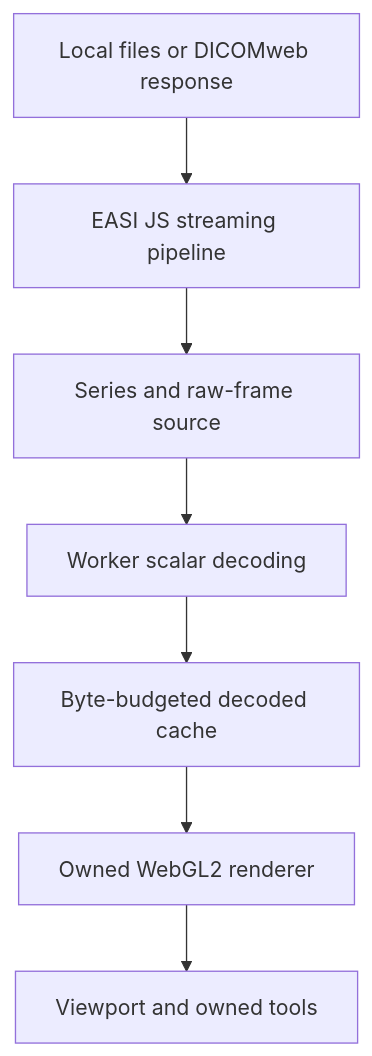
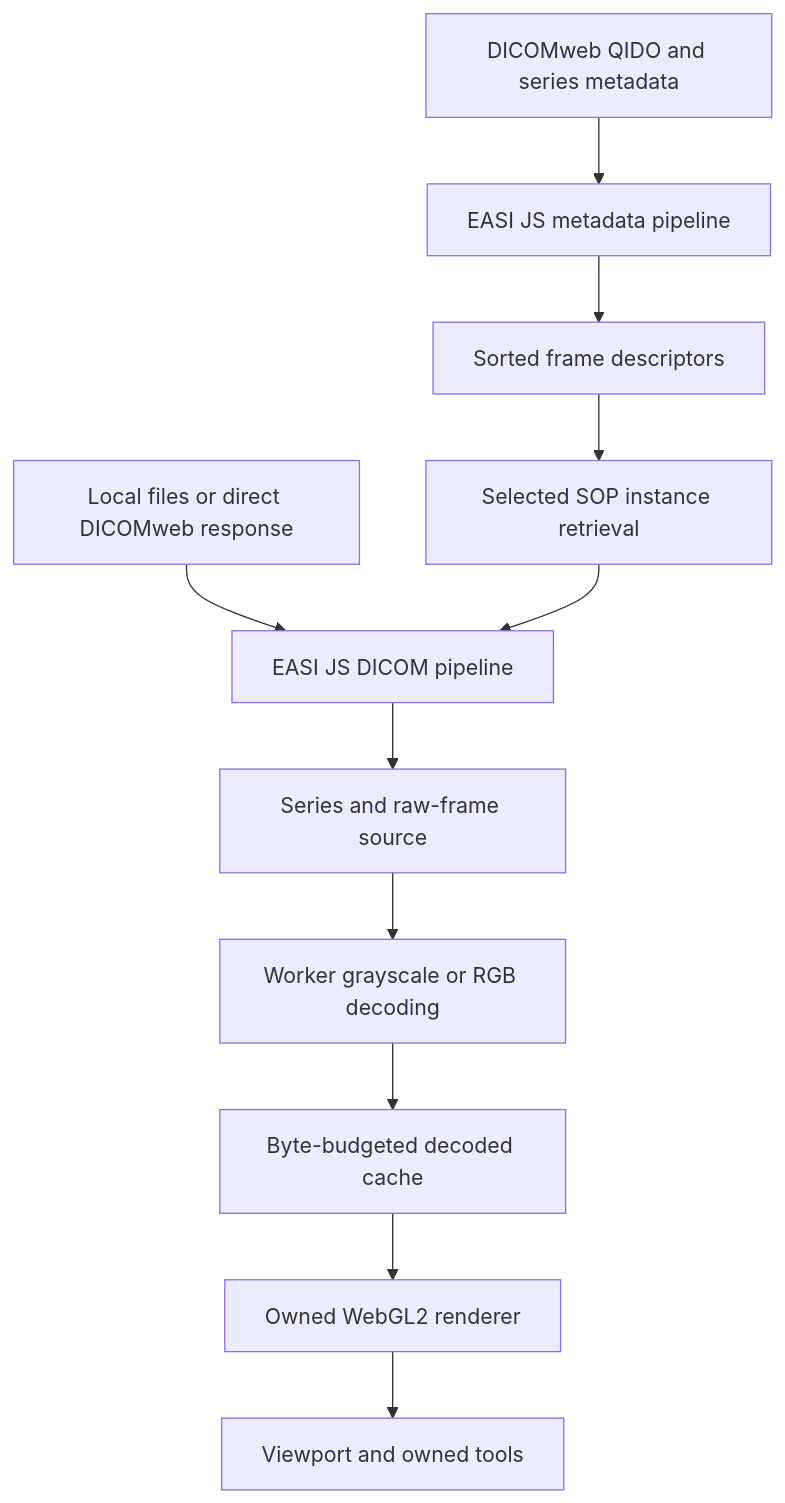
One commit to davidvaccaro/easi-view changed the diagram in docs/ARCHITECTURE.md. Above: the diagram before and after it, drawn with Mermaid. The commit also changed other lines of this file and 429 other files, not shown here.

````diff
--- a/docs/ARCHITECTURE.md
+++ b/docs/ARCHITECTURE.md
@@ -7,9 +7,13 @@
 ```mermaid
 flowchart TD
-    Source[Local files or DICOMweb response] --> EASI[EASI JS streaming pipeline]
+    Source[Local files or direct DICOMweb response] --> EASI[EASI JS DICOM pipeline]
+    Archive[DICOMweb QIDO and series metadata] --> Metadata[EASI JS metadata pipeline]
+    Metadata --> Descriptors[Sorted frame descriptors]
+    Descriptors --> Requested[Selected SOP instance retrieval]
+    Requested --> EASI
     EASI --> Series[Series and raw-frame source]
-    Series --> Worker[Worker scalar decoding]
+    Series --> Worker[Worker grayscale or RGB decoding]
     Worker --> Cache[Byte-budgeted decoded cache]
     Cache --> GPU[Owned WebGL2 renderer]
     GPU --> Viewport[Viewport and owned tools]
 ```
````
